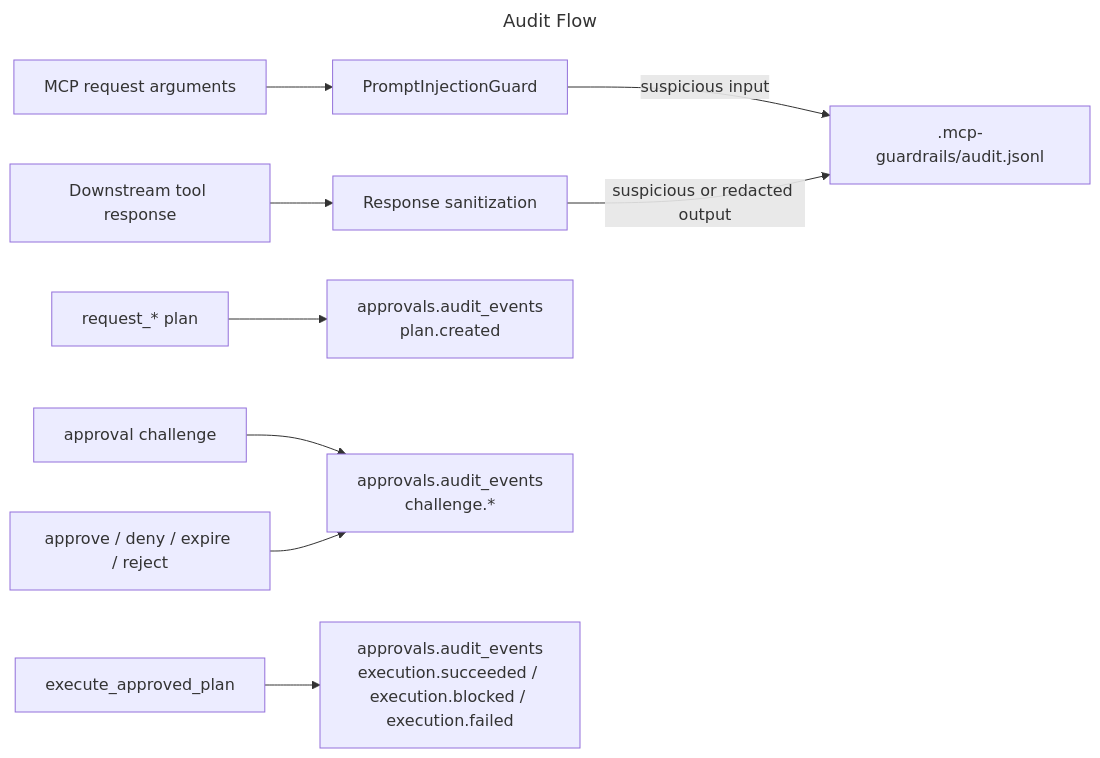
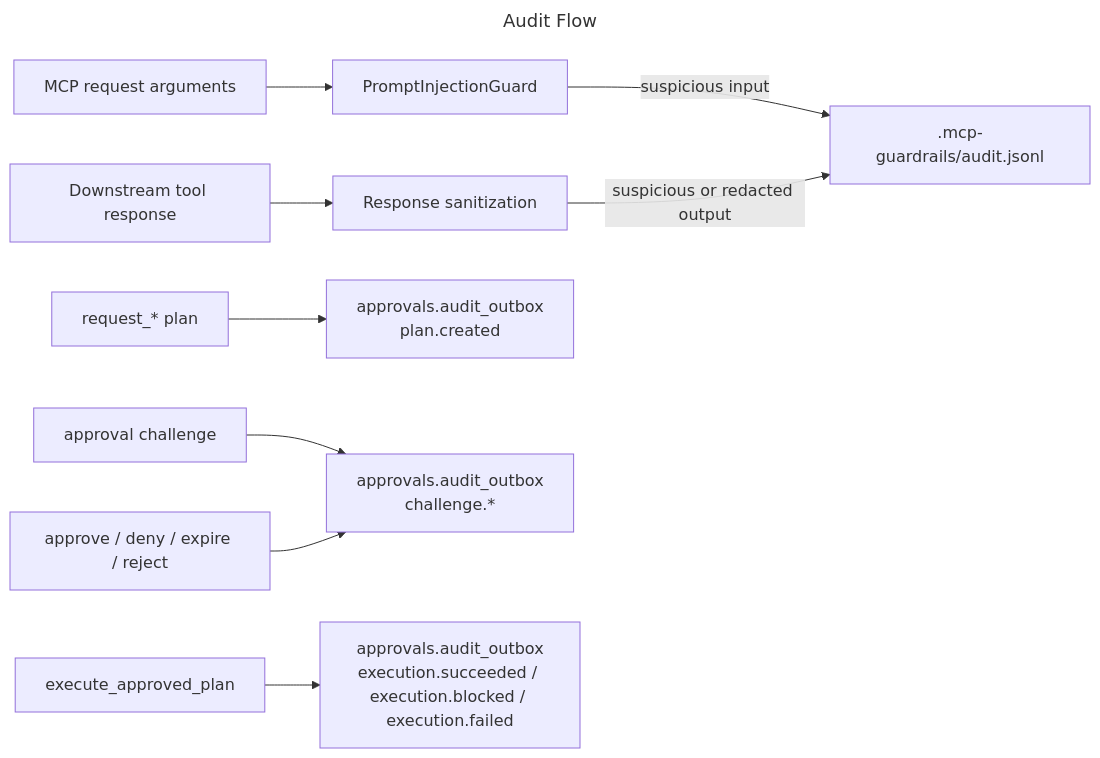
The eighth of 8 diagrams in docs/architecture.md (mirusser/Kubernetes-MCP-Guard), drawn with Mermaid before and after one commit. The commit also changed other lines of this file and 54 other files, not shown here.

Commit message:
refactor: audit: missing unit tests, architectural drifts involving test doubles and split interfaces, code standard violations, and tightened boundries (mostly in tests)

````diff
--- a/docs/architecture.md
+++ b/docs/architecture.md
@@ -363,15 +363,15 @@
 ```mermaid
 ---
 title: Audit Flow
 ---
 flowchart LR
     Request["MCP request arguments"] --> Guard["PromptInjectionGuard"]
     Response["Downstream tool response"] --> Sanitizer["Response sanitization"]
     Guard -->|"suspicious input"| GuardAudit[".mcp-guardrails/audit.jsonl"]
     Sanitizer -->|"suspicious or redacted output"| GuardAudit
 
-    Plan["request_* plan"] --> PlanAudit["approvals.audit_events<br/>plan.created"]
-    Challenge["approval challenge"] --> ChallengeAudit["approvals.audit_events<br/>challenge.*"]
+    Plan["request_* plan"] --> PlanAudit["approvals.audit_outbox<br/>plan.created"]
+    Challenge["approval challenge"] --> ChallengeAudit["approvals.audit_outbox<br/>challenge.*"]
     Approve["approve / deny / expire / reject"] --> ChallengeAudit
-    Apply["execute_approved_plan"] --> ApplyAudit["approvals.audit_events<br/>execution.succeeded / execution.blocked / execution.failed"]
+    Apply["execute_approved_plan"] --> ApplyAudit["approvals.audit_outbox<br/>execution.succeeded / execution.blocked / execution.failed"]
 ```
````
